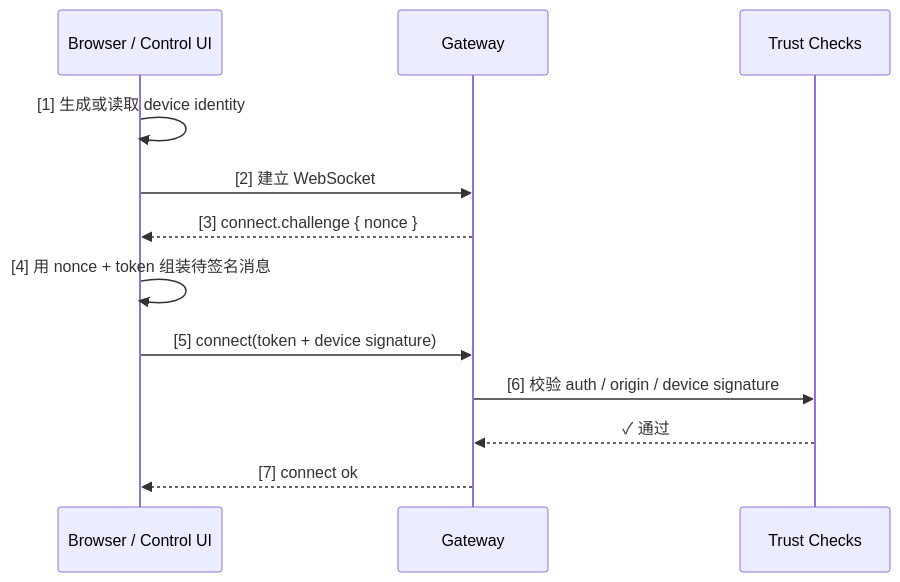
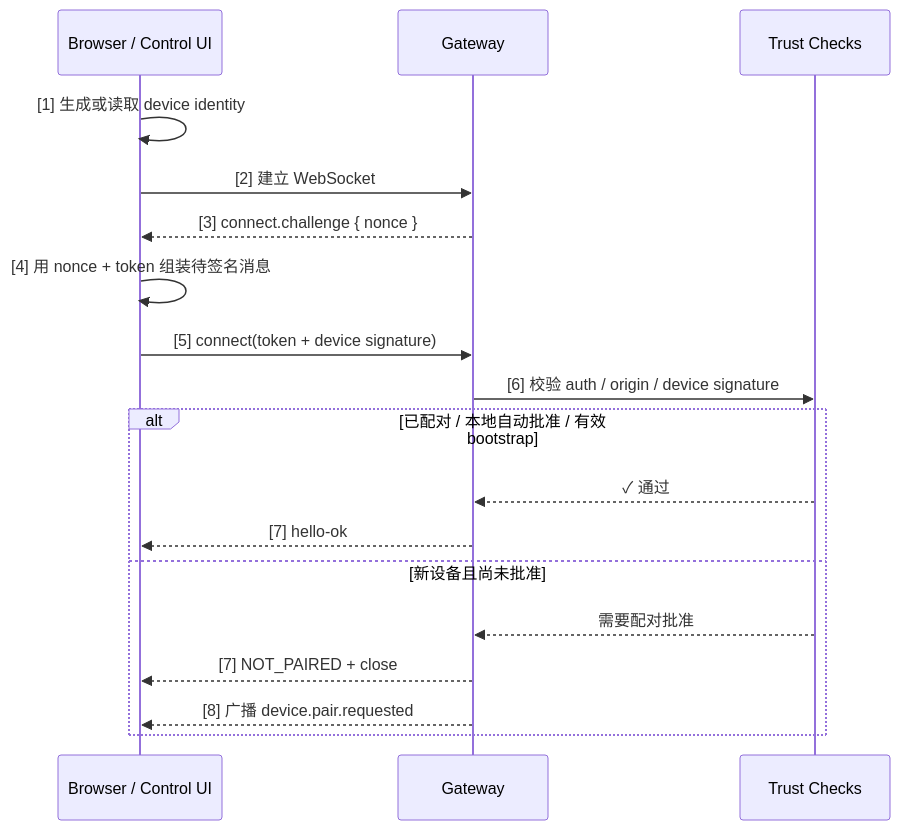
One commit to yeasy/openclaw_guide changed the diagram in 09_gateway_protocol/9.5_pairing_trust.md. Above: the diagram before and after it, drawn with Mermaid. The commit also changed other lines of this file and 17 other files, not shown here.

````diff
--- a/09_gateway_protocol/9.5_pairing_trust.md
+++ b/09_gateway_protocol/9.5_pairing_trust.md
@@ -33,15 +33,21 @@
 ```mermaid
 sequenceDiagram
     participant UI as Browser / Control UI
     participant Gateway as Gateway
     participant Trust as Trust Checks
 
     UI->>UI: [1] 生成或读取 device identity
     UI->>Gateway: [2] 建立 WebSocket
     Gateway-->>UI: [3] connect.challenge { nonce }
     UI->>UI: [4] 用 nonce + token 组装待签名消息
     UI->>Gateway: [5] connect(token + device signature)
     Gateway->>Trust: [6] 校验 auth / origin / device signature
-    Trust-->>Gateway: ✓ 通过
-    Gateway-->>UI: [7] connect ok
+    alt 已配对 / 本地自动批准 / 有效 bootstrap
+      Trust-->>Gateway: ✓ 通过
+      Gateway-->>UI: [7] hello-ok
+    else 新设备且尚未批准
+      Trust-->>Gateway: 需要配对批准
+      Gateway-->>UI: [7] NOT_PAIRED + close
+      Gateway-->>UI: [8] 广播 device.pair.requested
+    end
 ```
````
